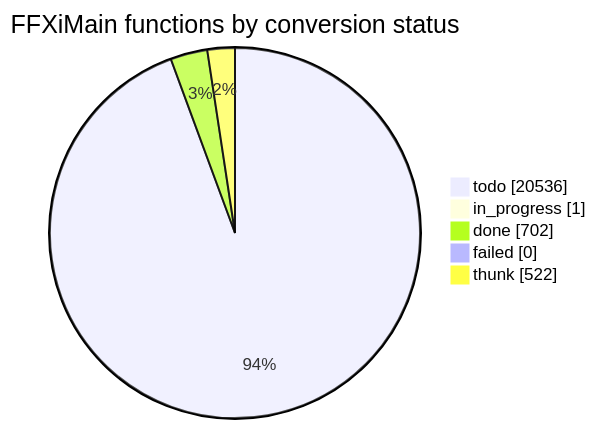
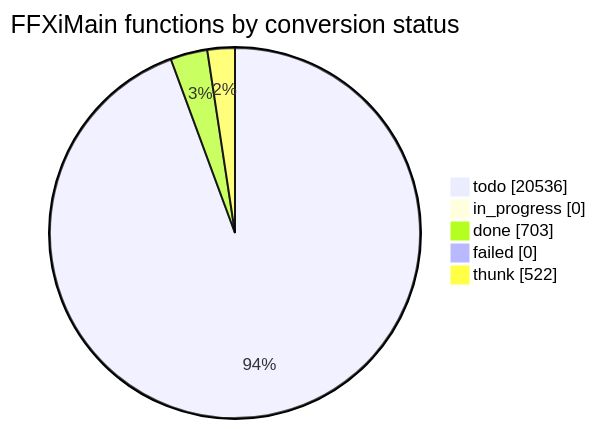
The diagram in docs/cow/STATUS.md (cowrevenge/cow_kuluu_xi_anything), drawn with Mermaid before and after one commit. The commit also changed other lines of this file and 9 other files, not shown here.

````diff
--- a/docs/cow/STATUS.md
+++ b/docs/cow/STATUS.md
@@ -18,9 +18,9 @@
 ```mermaid
 pie showData
     title FFXiMain functions by conversion status
     "todo" : 20536
-    "in_progress" : 1
-    "done" : 702
+    "in_progress" : 0
+    "done" : 703
     "failed" : 0
     "thunk" : 522
 ```
````
